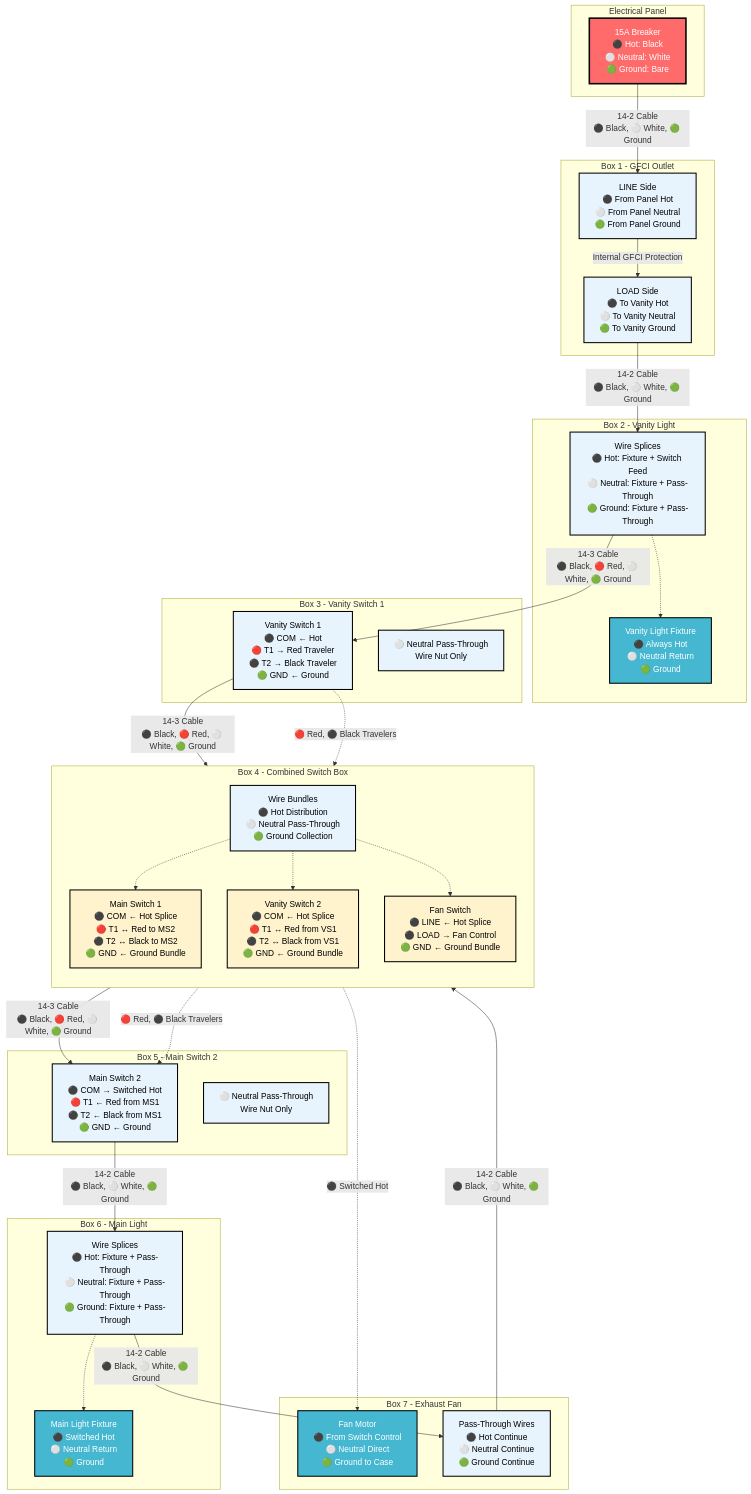
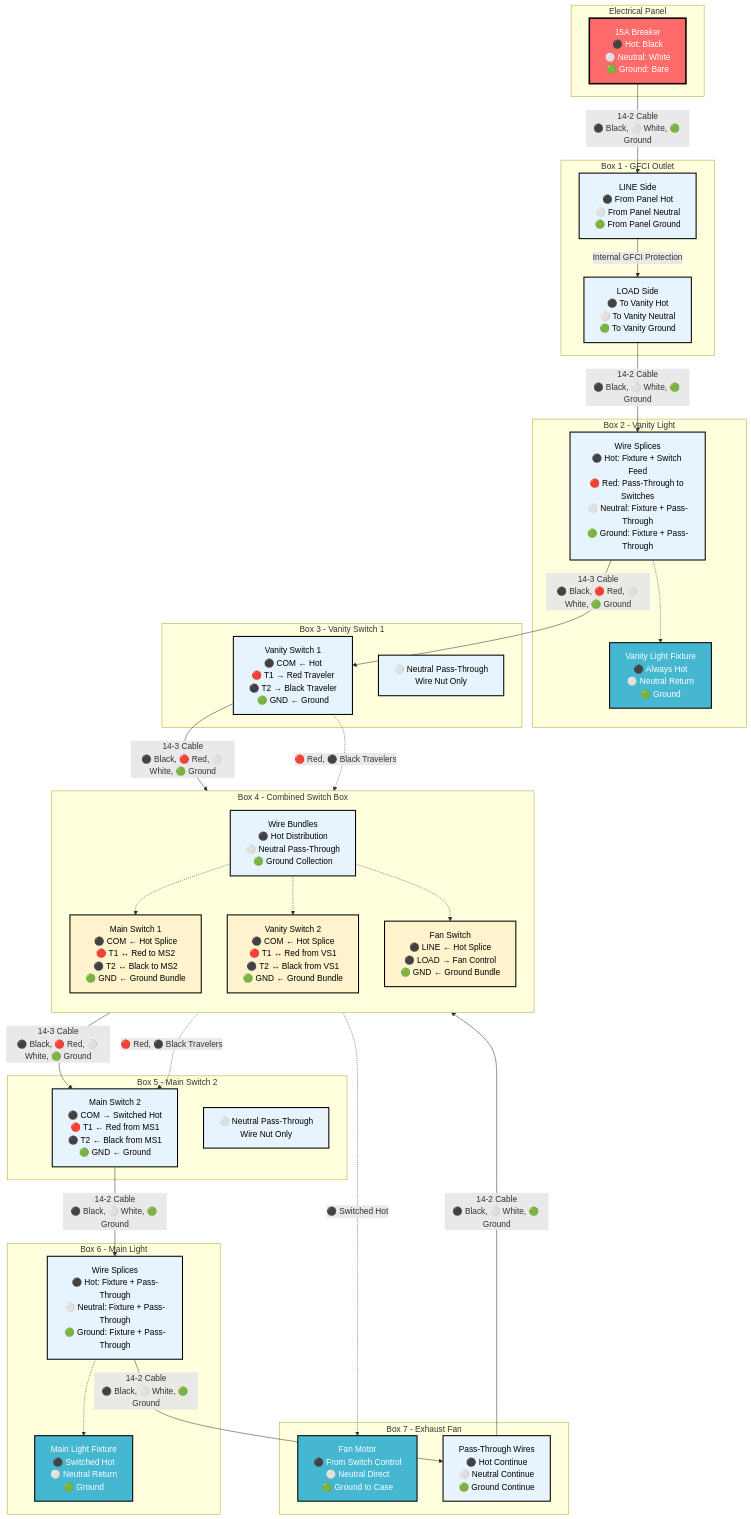
Before and after one commit to ticklemycode/electrical-wiring: the third of 10 diagrams in diagrams/mermaid-wiring-diagram.md, drawn with Mermaid. The commit also changed other lines of this file, not shown here.

Commit message:
fix travler wire

````diff
--- a/diagrams/mermaid-wiring-diagram.md
+++ b/diagrams/mermaid-wiring-diagram.md
@@ -101,78 +101,78 @@
 ```mermaid
 flowchart TD
     subgraph "Electrical Panel"
         PANEL[15A Breaker<br/>⚫ Hot: Black<br/>⚪ Neutral: White<br/>🟢 Ground: Bare]
     end
     
     subgraph "Box 1 - GFCI Outlet"
         GFCI_LINE[LINE Side<br/>⚫ From Panel Hot<br/>⚪ From Panel Neutral<br/>🟢 From Panel Ground]
         GFCI_LOAD[LOAD Side<br/>⚫ To Vanity Hot<br/>⚪ To Vanity Neutral<br/>🟢 To Vanity Ground]
         GFCI_LINE -->|Internal GFCI Protection| GFCI_LOAD
     end
     
     subgraph "Box 2 - Vanity Light"
         VL_FIXTURE[Vanity Light Fixture<br/>⚫ Always Hot<br/>⚪ Neutral Return<br/>🟢 Ground]
-        VL_SPLICE[Wire Splices<br/>⚫ Hot: Fixture + Switch Feed<br/>⚪ Neutral: Fixture + Pass-Through<br/>🟢 Ground: Fixture + Pass-Through]
+        VL_SPLICE[Wire Splices<br/>⚫ Hot: Fixture + Switch Feed<br/>🔴 Red: Pass-Through to Switches<br/>⚪ Neutral: Fixture + Pass-Through<br/>🟢 Ground: Fixture + Pass-Through]
         VL_SPLICE -.-> VL_FIXTURE
     end
     
     subgraph "Box 3 - Vanity Switch 1"
         VS1_SWITCH[Vanity Switch 1<br/>⚫ COM ← Hot<br/>🔴 T1 → Red Traveler<br/>⚫ T2 → Black Traveler<br/>🟢 GND ← Ground]
         VS1_NEUTRAL[⚪ Neutral Pass-Through<br/>Wire Nut Only]
     end
     
     subgraph "Box 4 - Combined Switch Box"
         direction TB
         COMB_MAIN[Main Switch 1<br/>⚫ COM ← Hot Splice<br/>🔴 T1 ↔ Red to MS2<br/>⚫ T2 ↔ Black to MS2<br/>🟢 GND ← Ground Bundle]
         COMB_VANITY[Vanity Switch 2<br/>⚫ COM ← Hot Splice<br/>🔴 T1 ↔ Red from VS1<br/>⚫ T2 ↔ Black from VS1<br/>🟢 GND ← Ground Bundle]
         COMB_FAN[Fan Switch<br/>⚫ LINE ← Hot Splice<br/>⚫ LOAD → Fan Control<br/>🟢 GND ← Ground Bundle]
         COMB_BUNDLES[Wire Bundles<br/>⚫ Hot Distribution<br/>⚪ Neutral Pass-Through<br/>🟢 Ground Collection]
         
         COMB_BUNDLES -.-> COMB_MAIN
         COMB_BUNDLES -.-> COMB_VANITY
         COMB_BUNDLES -.-> COMB_FAN
     end
     
     subgraph "Box 5 - Main Switch 2"
         MS2_SWITCH[Main Switch 2<br/>⚫ COM → Switched Hot<br/>🔴 T1 ← Red from MS1<br/>⚫ T2 ← Black from MS1<br/>🟢 GND ← Ground]
         MS2_NEUTRAL[⚪ Neutral Pass-Through<br/>Wire Nut Only]
     end
     
     subgraph "Box 6 - Main Light"
         ML_FIXTURE[Main Light Fixture<br/>⚫ Switched Hot<br/>⚪ Neutral Return<br/>🟢 Ground]
         ML_SPLICE[Wire Splices<br/>⚫ Hot: Fixture + Pass-Through<br/>⚪ Neutral: Fixture + Pass-Through<br/>🟢 Ground: Fixture + Pass-Through]
         ML_SPLICE -.-> ML_FIXTURE
     end
     
     subgraph "Box 7 - Exhaust Fan"
         FAN_MOTOR[Fan Motor<br/>⚫ From Switch Control<br/>⚪ Neutral Direct<br/>🟢 Ground to Case]
         FAN_PASS[Pass-Through Wires<br/>⚫ Hot Continue<br/>⚪ Neutral Continue<br/>🟢 Ground Continue]
     end
     
     %% Cable Connections with Wire Colors
     PANEL -->|14-2 Cable<br/>⚫ Black, ⚪ White, 🟢 Ground| GFCI_LINE
     GFCI_LOAD -->|14-2 Cable<br/>⚫ Black, ⚪ White, 🟢 Ground| VL_SPLICE
     VL_SPLICE -->|14-3 Cable<br/>⚫ Black, 🔴 Red, ⚪ White, 🟢 Ground| VS1_SWITCH
     VS1_SWITCH -->|14-3 Cable<br/>⚫ Black, 🔴 Red, ⚪ White, 🟢 Ground| COMB_BUNDLES
     COMB_BUNDLES -->|14-3 Cable<br/>⚫ Black, 🔴 Red, ⚪ White, 🟢 Ground| MS2_SWITCH
     MS2_SWITCH -->|14-2 Cable<br/>⚫ Black, ⚪ White, 🟢 Ground| ML_SPLICE
     ML_SPLICE -->|14-2 Cable<br/>⚫ Black, ⚪ White, 🟢 Ground| FAN_PASS
     FAN_PASS -->|14-2 Cable<br/>⚫ Black, ⚪ White, 🟢 Ground| COMB_BUNDLES
     
     %% Control Wires
     COMB_FAN -.->|⚫ Switched Hot| FAN_MOTOR
     
     %% Traveler Connections
     VS1_SWITCH -.->|🔴 Red, ⚫ Black Travelers| COMB_VANITY
     COMB_MAIN -.->|🔴 Red, ⚫ Black Travelers| MS2_SWITCH
     
     classDef panelStyle fill:#ff6b6b,stroke:#000,stroke-width:3px,color:#fff
     classDef boxStyle fill:#e8f4fd,stroke:#000,stroke-width:2px,color:#000
     classDef deviceStyle fill:#fff3cd,stroke:#000,stroke-width:2px,color:#000
     classDef fixtureStyle fill:#45b7d1,stroke:#000,stroke-width:2px,color:#fff
     
     class PANEL panelStyle
     class GFCI_LINE,GFCI_LOAD,VL_SPLICE,VS1_SWITCH,VS1_NEUTRAL,COMB_BUNDLES,MS2_SWITCH,MS2_NEUTRAL,ML_SPLICE,FAN_PASS boxStyle
     class COMB_MAIN,COMB_VANITY,COMB_FAN deviceStyle
     class VL_FIXTURE,ML_FIXTURE,FAN_MOTOR fixtureStyle
 ```
````
